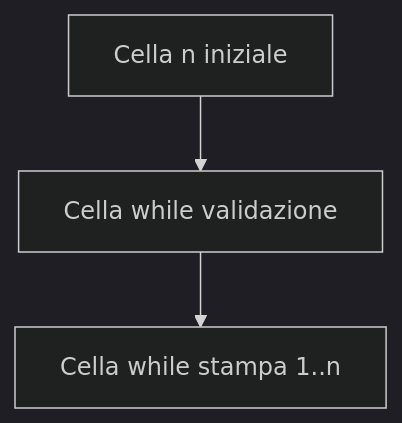
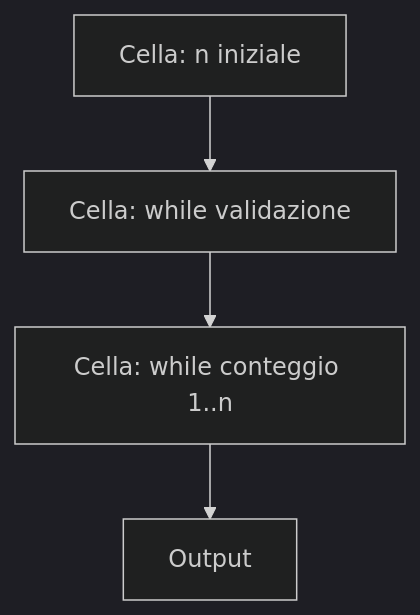
The fifth of 20 diagrams in 04-python-jupyter-analisi-biomedica/README.md (lucadagati/Lab_Fondamenti_di_Informatica_25_26), drawn with Mermaid (dark theme) before and after one commit. The commit also changed other lines of this file, not shown here.

First line of the commit message:
README Lab 4: aggiunge testo esercizi e flow più espliciti

````diff
--- a/04-python-jupyter-analisi-biomedica/README.md
+++ b/04-python-jupyter-analisi-biomedica/README.md
@@ -109,5 +131,6 @@
 ```mermaid
 flowchart TD
-    A[Cella n iniziale] --> B[Cella while validazione]
-    B --> C[Cella while stampa 1..n]
+    A[Cella: n iniziale] --> B[Cella: while validazione]
+    B --> C[Cella: while conteggio 1..n]
+    C --> D[Output]
 ```
````
